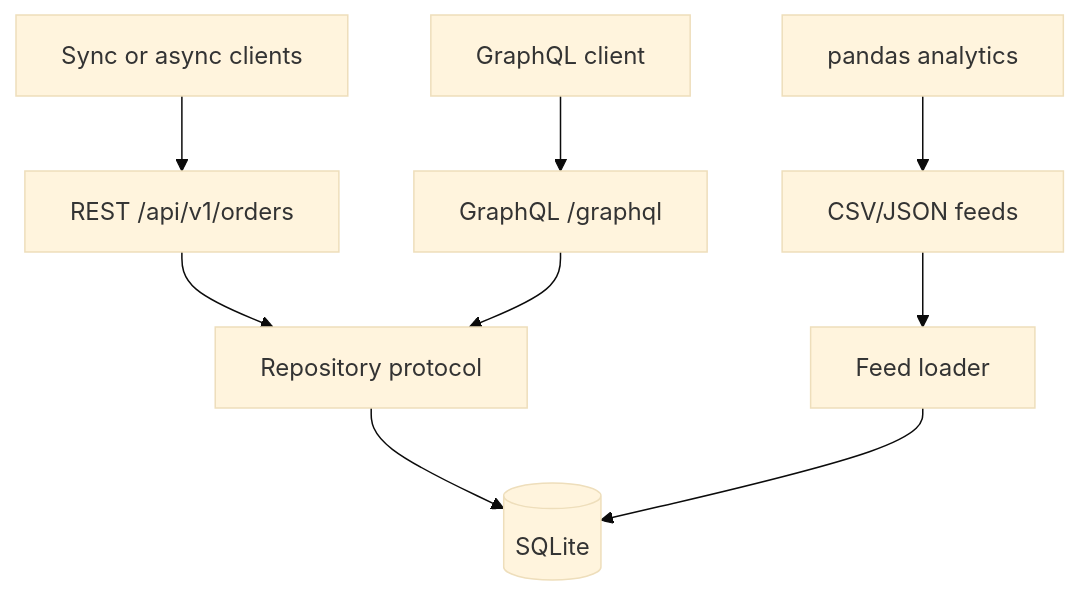
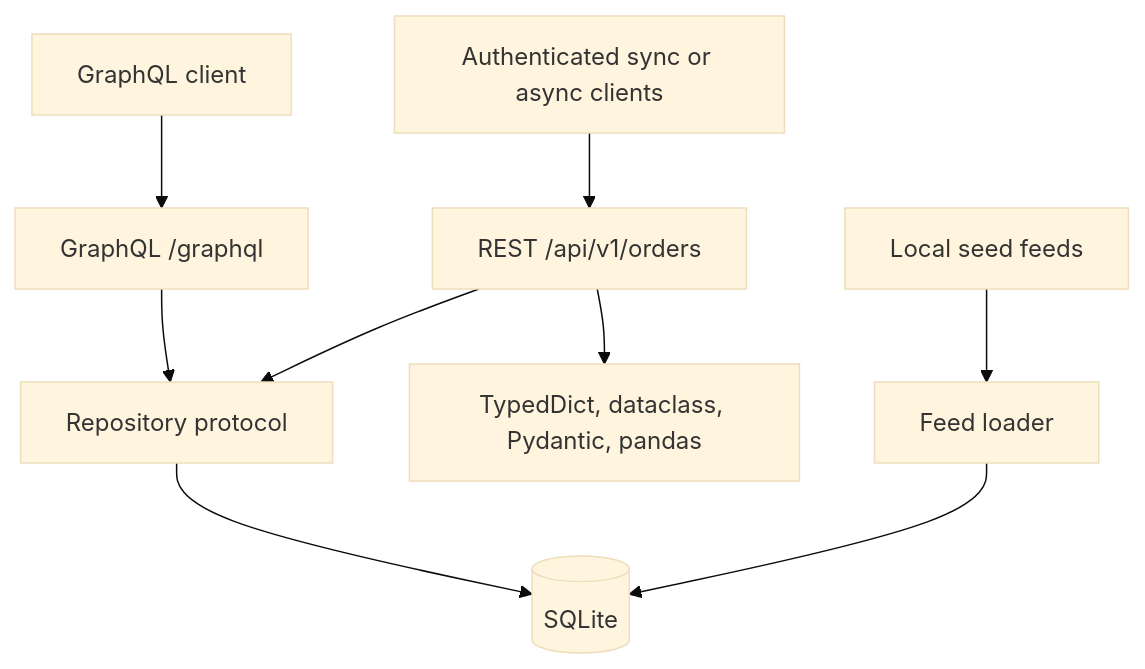
The diagram in API/ai_skills/api-interview-guide/PROJECT_KNOWLEDGE.md (sangeetjena/practice), drawn with Mermaid (base theme) before and after one commit. The commit also changed other lines of this file and 30 other files, not shown here.

````diff
--- a/API/ai_skills/api-interview-guide/PROJECT_KNOWLEDGE.md
+++ b/API/ai_skills/api-interview-guide/PROJECT_KNOWLEDGE.md
@@ -11,11 +11,11 @@
 ```mermaid
 flowchart TD
-    C[Sync or async clients] --> R[REST /api/v1/orders]
+    C[Authenticated sync or async clients] --> R[REST /api/v1/orders]
     G[GraphQL client] --> Q[GraphQL /graphql]
     R --> D[Repository protocol]
     Q --> D
     D --> S[(SQLite)]
-    F[CSV/JSON feeds] --> L[Feed loader]
+    F[Local seed feeds] --> L[Feed loader]
     L --> S
-    P[pandas analytics] --> F
+    R --> P[TypedDict, dataclass, Pydantic, pandas]
 ```
````
